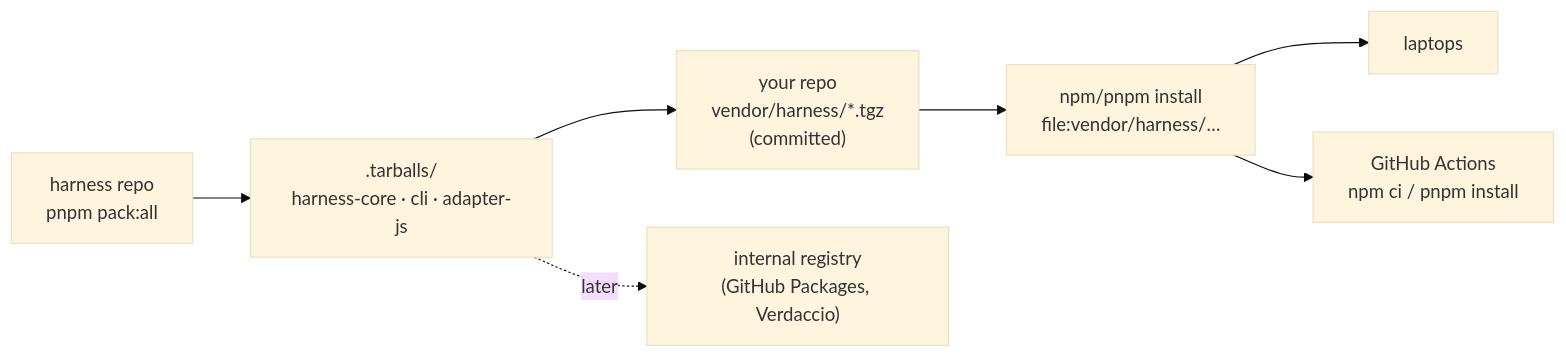
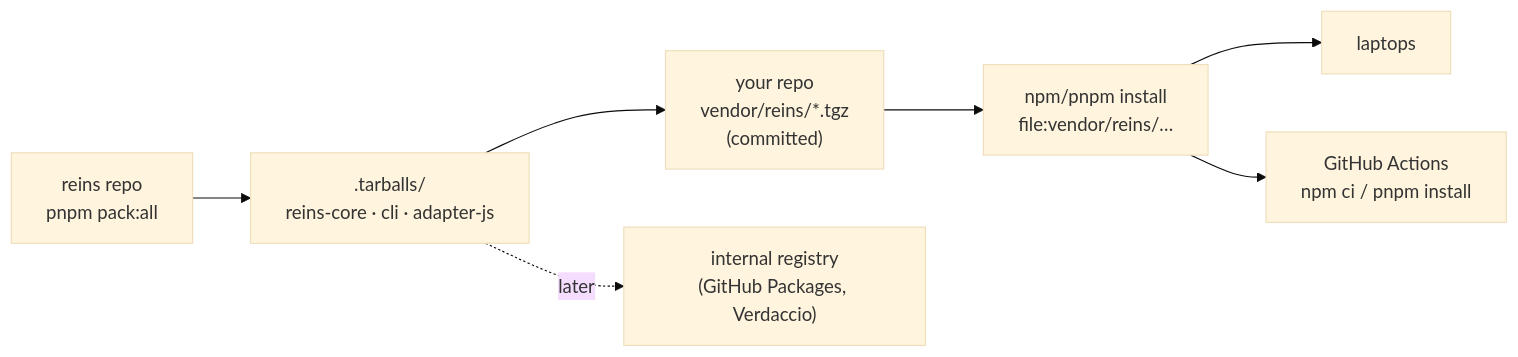
One commit to fredarcito/reins changed the diagram in docs/team-install.md. Above: the diagram before and after it, drawn with Mermaid (base theme). The commit also changed other lines of this file and 186 other files, not shown here.

````diff
--- a/docs/team-install.md
+++ b/docs/team-install.md
@@ -5,9 +5,9 @@
 ```mermaid
 flowchart LR
-    h["harness repo<br/>pnpm pack:all"] --> t[".tarballs/<br/>harness-core · cli · adapter-js"]
-    t --> v["your repo<br/>vendor/harness/*.tgz<br/>(committed)"]
-    v --> i["npm/pnpm install<br/>file:vendor/harness/…"]
+    h["reins repo<br/>pnpm pack:all"] --> t[".tarballs/<br/>reins-core · cli · adapter-js"]
+    t --> v["your repo<br/>vendor/reins/*.tgz<br/>(committed)"]
+    v --> i["npm/pnpm install<br/>file:vendor/reins/…"]
     i --> dev["laptops"]
     i --> ci["GitHub Actions<br/>npm ci / pnpm install"]
     t -. "later" .-> reg["internal registry<br/>(GitHub Packages, Verdaccio)"]
 ```
````
